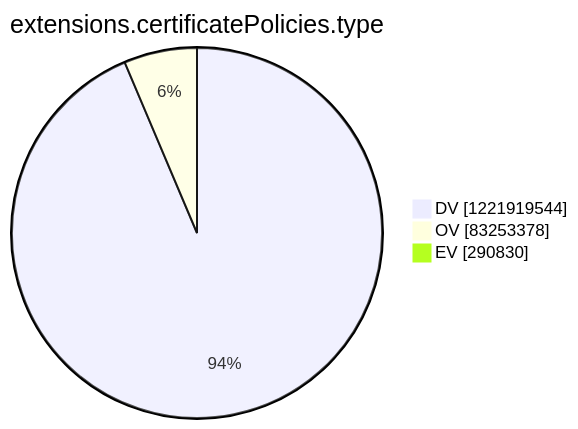
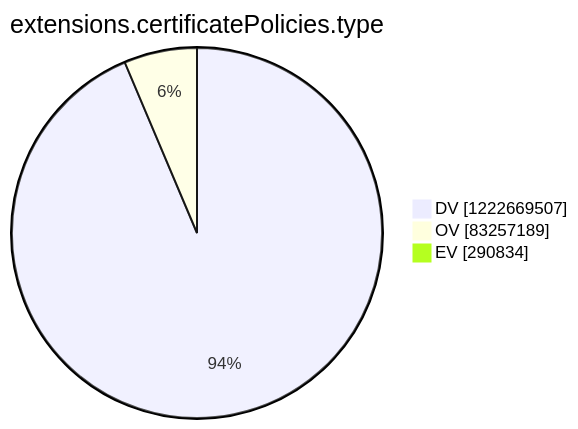
One commit to christiankrug/ctmonitor_visualization changed the tenth of 15 diagrams in argon2022/README.md. Above: the diagram before and after it, drawn with Mermaid. The commit also changed other lines of this file, not shown here.

````diff
--- a/argon2022/README.md
+++ b/argon2022/README.md
@@ -2769,7 +2769,7 @@
 ```mermaid
 pie showData
 title extensions.certificatePolicies.type
-"DV" :1221919544
-"OV" :83253378
-"EV" :290830
+"DV" :1222669507
+"OV" :83257189
+"EV" :290834
 ```
````
